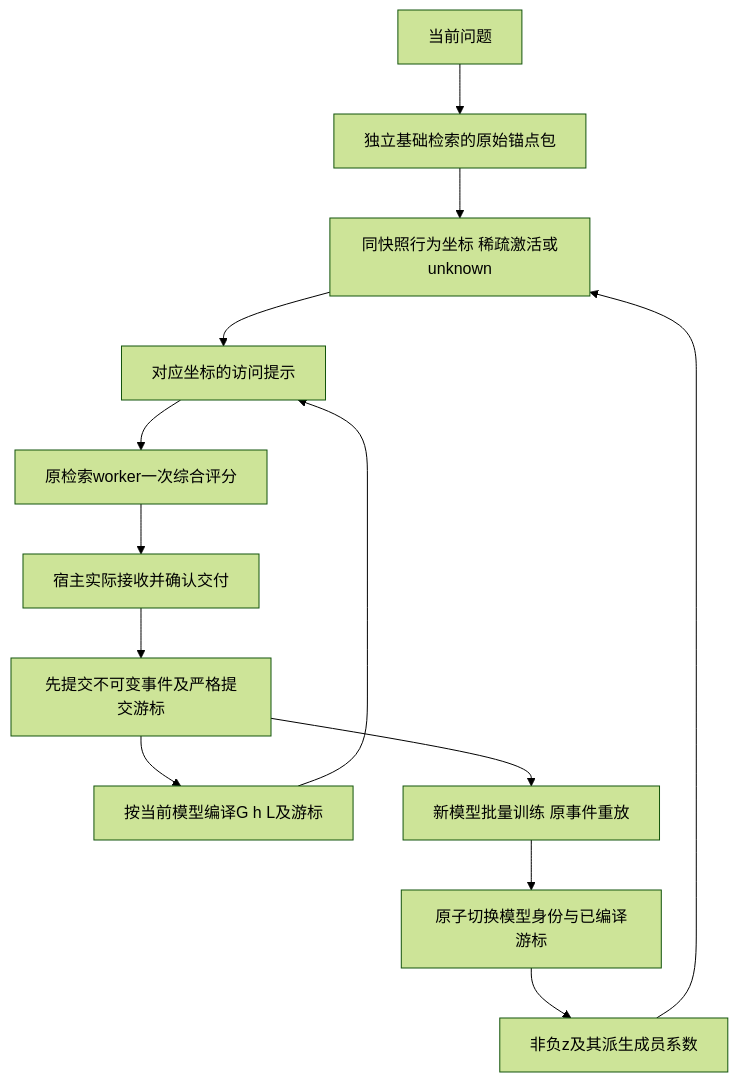
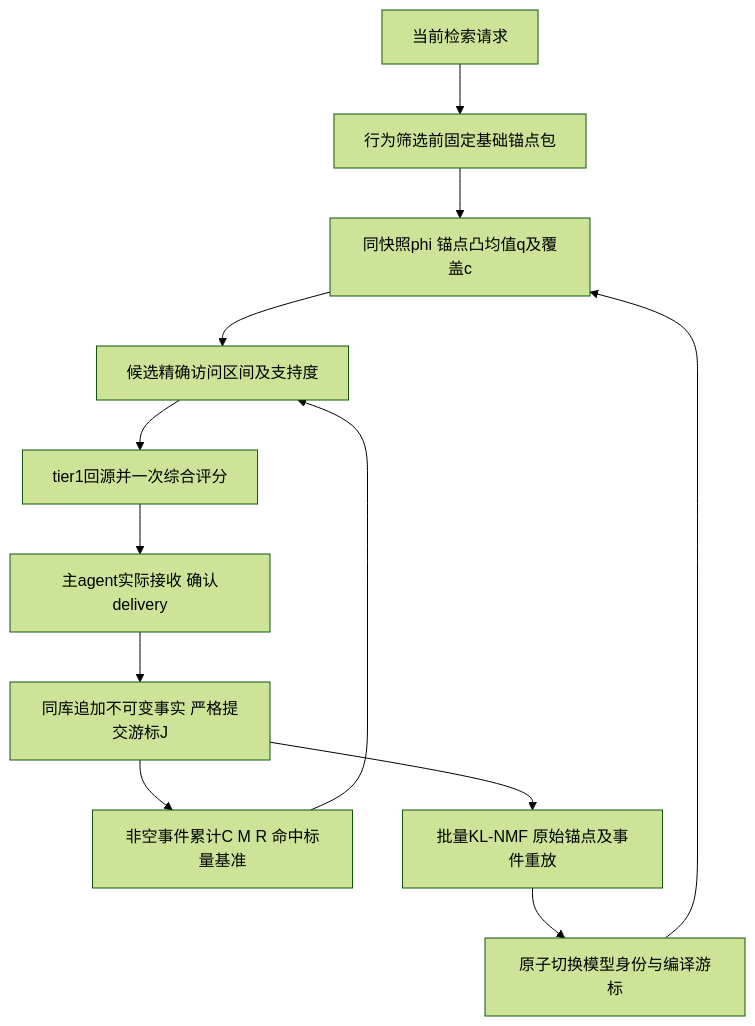
One commit to YS-Pan/basePack changed the second of 2 diagrams in devDoc/tasks/20261115-real-use-rectification/target-architecture.md. Above: the diagram before and after it, drawn with Mermaid (forest theme). The commit also changed other lines of this file and 9 other files, not shown here.

````diff
--- a/devDoc/tasks/20261115-real-use-rectification/target-architecture.md
+++ b/devDoc/tasks/20261115-real-use-rectification/target-architecture.md
@@ -79,15 +123,14 @@
 ```mermaid
 flowchart TD
-  Q[当前问题] --> A[独立基础检索的原始锚点包]
-  A --> R[同快照行为坐标 稀疏激活或unknown]
-  Z[非负z及其派生成员系数] --> R
-  R --> U[对应坐标的访问提示]
-  U --> S[原检索worker一次综合评分]
-  S --> D[宿主实际接收并确认交付]
-  D --> E[先提交不可变事件及严格提交游标]
-  E --> C[按当前模型编译G h L及游标]
+  Q[当前检索请求] --> A[行为筛选前固定基础锚点包]
+  A --> R[同快照phi 锚点凸均值q及覆盖c]
+  R --> U[候选精确访问区间及支持度]
+  U --> S[tier1回源并一次综合评分]
+  S --> D[主agent实际接收 确认delivery]
+  D --> E[同库追加不可变事实 严格提交游标J]
+  E --> C[非空事件累计C M R 命中标量基准]
   C --> U
-  E --> N[新模型批量训练 原事件重放]
-  N --> P[原子切换模型身份与已编译游标]
-  P --> Z
+  E --> N[批量KL-NMF 原始锚点及事件重放]
+  N --> P[原子切换模型身份与编译游标]
+  P --> R
 ```
````
